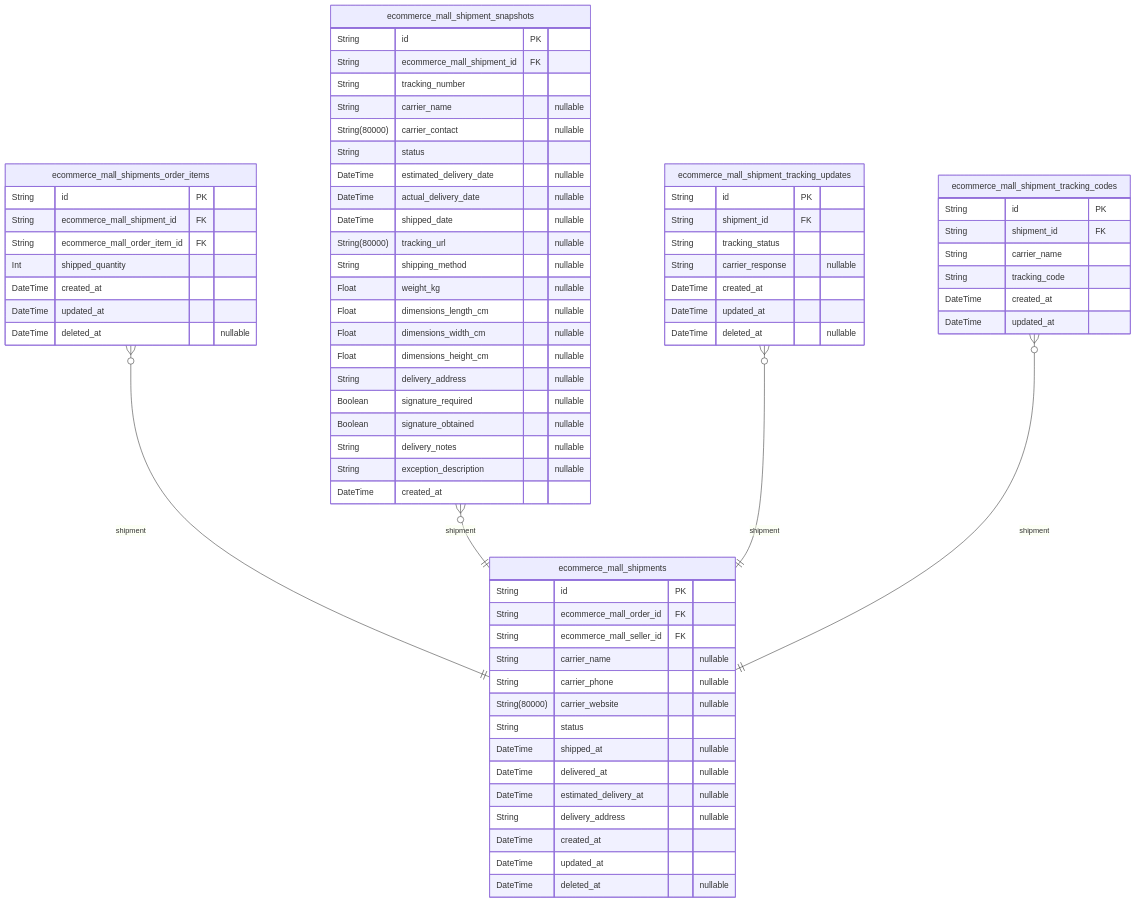
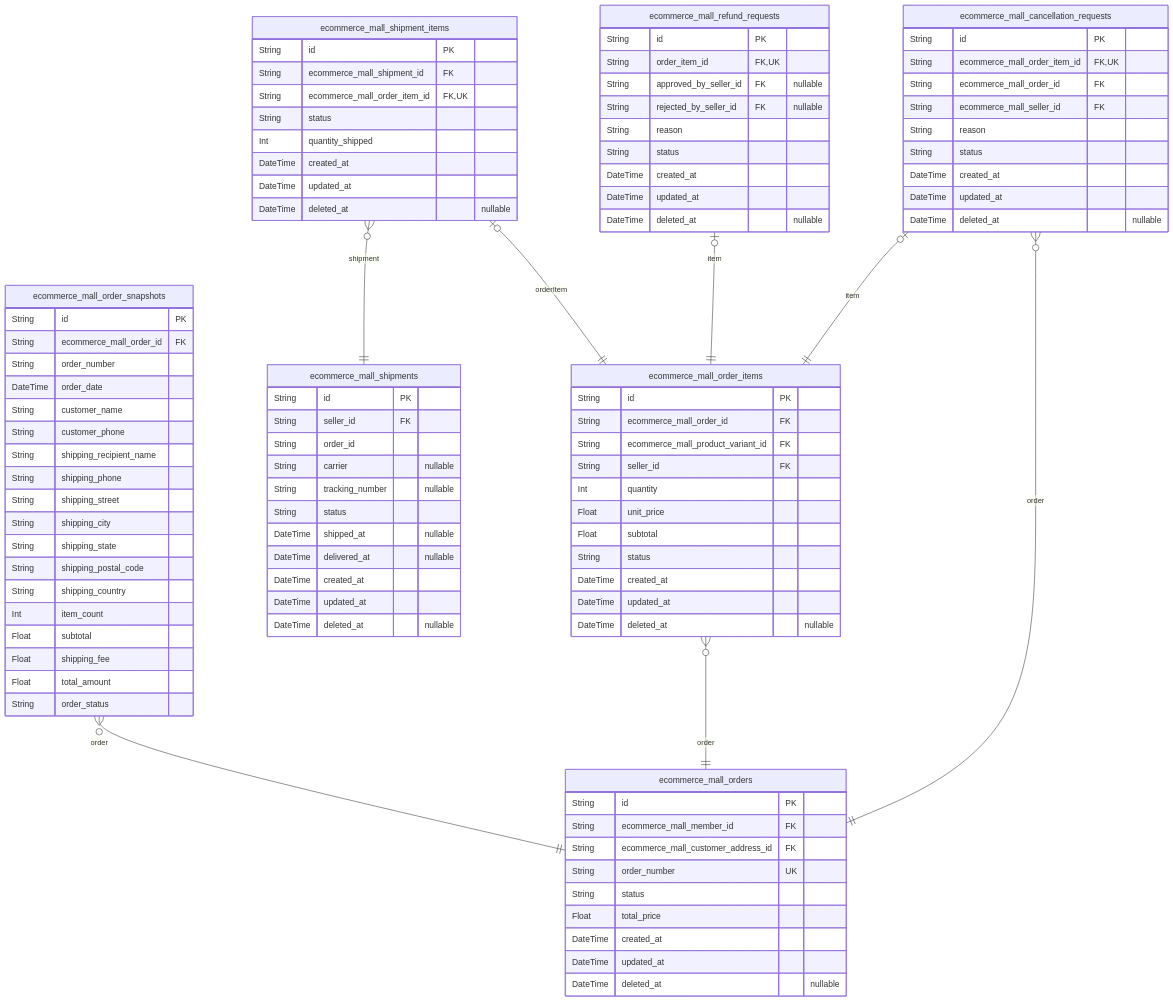
The fifth of 8 diagrams in qwen/qwen3.5-35b-a3b/shopping/docs/ERD.md (wrtnlabs/autobe-examples), drawn with Mermaid before and after one commit. The commit also changed other lines of this file and 32093 other files, not shown here.

````diff
--- a/qwen/qwen3.5-35b-a3b/shopping/docs/ERD.md
+++ b/qwen/qwen3.5-35b-a3b/shopping/docs/ERD.md
@@ -1741,72 +2191,99 @@
 ```mermaid
 erDiagram
-"ecommerce_mall_shipments" {
+"ecommerce_mall_orders" {
   String id PK
-  String ecommerce_mall_order_id FK
-  String ecommerce_mall_seller_id FK
-  String carrier_name "nullable"
-  String carrier_phone "nullable"
-  String(80000) carrier_website "nullable"
+  String ecommerce_mall_member_id FK
+  String ecommerce_mall_customer_address_id FK
+  String order_number UK
   String status
-  DateTime shipped_at "nullable"
-  DateTime delivered_at "nullable"
-  DateTime estimated_delivery_at "nullable"
-  String delivery_address "nullable"
+  Float total_price
   DateTime created_at
   DateTime updated_at
   DateTime deleted_at "nullable"
 }
-"ecommerce_mall_shipments_order_items" {
+"ecommerce_mall_order_snapshots" {
   String id PK
-  String ecommerce_mall_shipment_id FK
-  String ecommerce_mall_order_item_id FK
-  Int shipped_quantity
+  String ecommerce_mall_order_id FK
+  String order_number
+  DateTime order_date
+  String customer_name
+  String customer_phone
+  String shipping_recipient_name
+  String shipping_phone
+  String shipping_street
+  String shipping_city
+  String shipping_state
+  String shipping_postal_code
+  String shipping_country
+  Int item_count
+  Float subtotal
+  Float shipping_fee
+  Float total_amount
+  String order_status
+}
+"ecommerce_mall_order_items" {
+  String id PK
+  String ecommerce_mall_order_id FK
+  String ecommerce_mall_product_variant_id FK
+  String seller_id FK
+  Int quantity
+  Float unit_price
+  Float subtotal
+  String status
   DateTime created_at
   DateTime updated_at
   DateTime deleted_at "nullable"
 }
-"ecommerce_mall_shipment_snapshots" {
+"ecommerce_mall_shipments" {
   String id PK
-  String ecommerce_mall_shipment_id FK
-  String tracking_number
-  String carrier_name "nullable"
-  String(80000) carrier_contact "nullable"
+  String seller_id FK
+  String order_id
+  String carrier "nullable"
+  String tracking_number "nullable"
   String status
-  DateTime estimated_delivery_date "nullable"
-  DateTime actual_delivery_date "nullable"
-  DateTime shipped_date "nullable"
-  String(80000) tracking_url "nullable"
-  String shipping_method "nullable"
-  Float weight_kg "nullable"
-  Float dimensions_length_cm "nullable"
-  Float dimensions_width_cm "nullable"
-  Float dimensions_height_cm "nullable"
-  String delivery_address "nullable"
-  Boolean signature_required "nullable"
-  Boolean signature_obtained "nullable"
-  String delivery_notes "nullable"
-  String exception_description "nullable"
-  DateTime created_at
-}
-"ecommerce_mall_shipment_tracking_updates" {
-  String id PK
-  String shipment_id FK
-  String tracking_status
-  String carrier_response "nullable"
+  DateTime shipped_at "nullable"
+  DateTime delivered_at "nullable"
   DateTime created_at
   DateTime updated_at
   DateTime deleted_at "nullable"
 }
-"ecommerce_mall_shipment_tracking_codes" {
+"ecommerce_mall_shipment_items" {
   String id PK
-  String shipment_id FK
-  String carrier_name
-  String tracking_code
+  String ecommerce_mall_shipment_id FK
+  String ecommerce_mall_order_item_id FK,UK
+  String status
+  Int quantity_shipped
   DateTime created_at
   DateTime updated_at
+  DateTime deleted_at "nullable"
 }
-"ecommerce_mall_shipments_order_items" }o--|| "ecommerce_mall_shipments" : shipment
-"ecommerce_mall_shipment_snapshots" }o--|| "ecommerce_mall_shipments" : shipment
-"ecommerce_mall_shipment_tracking_updates" }o--|| "ecommerce_mall_shipments" : shipment
-"ecommerce_mall_shipment_tracking_codes" }o--|| "ecommerce_mall_shipments" : shipment
+"ecommerce_mall_cancellation_requests" {
+  String id PK
+  String ecommerce_mall_order_item_id FK,UK
+  String ecommerce_mall_order_id FK
+  String ecommerce_mall_seller_id FK
+  String reason
+  String status
+  DateTime created_at
+  DateTime updated_at
+  DateTime deleted_at "nullable"
+}
+"ecommerce_mall_refund_requests" {
+  String id PK
+  String order_item_id FK,UK
+  String approved_by_seller_id FK "nullable"
+  String rejected_by_seller_id FK "nullable"
+  String reason
+  String status
+  DateTime created_at
+  DateTime updated_at
+  DateTime deleted_at "nullable"
+}
+"ecommerce_mall_order_snapshots" }o--|| "ecommerce_mall_orders" : order
+"ecommerce_mall_order_items" }o--|| "ecommerce_mall_orders" : order
+"ecommerce_mall_shipment_items" }o--|| "ecommerce_mall_shipments" : shipment
+"ecommerce_mall_shipment_items" |o--|| "ecommerce_mall_order_items" : orderItem
+"ecommerce_mall_cancellation_requests" |o--|| "ecommerce_mall_order_items" : item
+"ecommerce_mall_cancellation_requests" }o--|| "ecommerce_mall_orders" : order
+"ecommerce_mall_refund_requests" |o--|| "ecommerce_mall_order_items" : item
 ```
````
